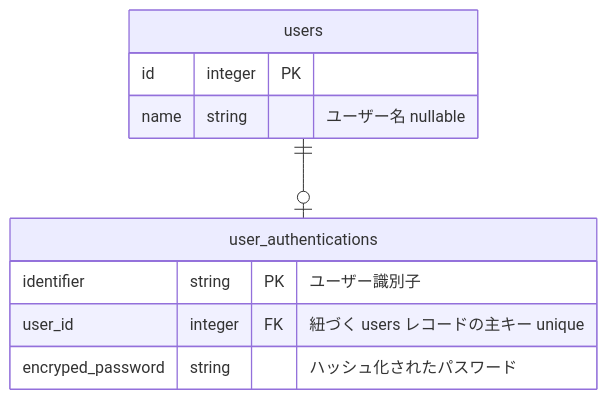
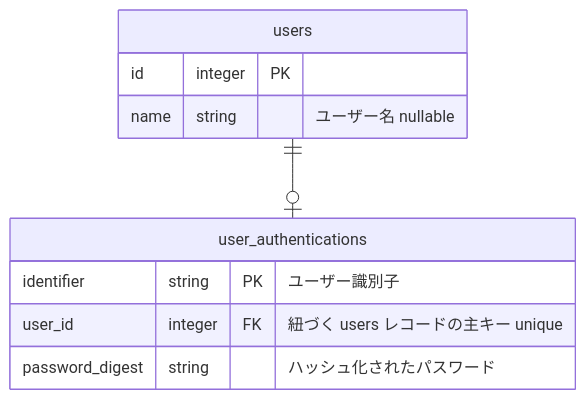
Before and after one commit to matcher-inc/pre-joining-assignment-for-intern: the diagram in requirements/step1-sign_up.md, drawn with Mermaid. The commit also changed other lines of this file, not shown here.

Commit message:
update: 要件 encrypted_password → password_digest

````diff
--- a/requirements/step1-sign_up.md
+++ b/requirements/step1-sign_up.md
@@ -41,16 +41,16 @@
 ```mermaid
 erDiagram
 
 users {
   id integer PK
   name string "ユーザー名 nullable"
 }
 
 user_authentications {
   identifier string PK "ユーザー識別子"
   user_id integer FK "紐づく users レコードの主キー unique"
-  encryped_password string "ハッシュ化されたパスワード"
+  password_digest string "ハッシュ化されたパスワード"
 }
 
 users ||--o| user_authentications : ""
 ```
````
